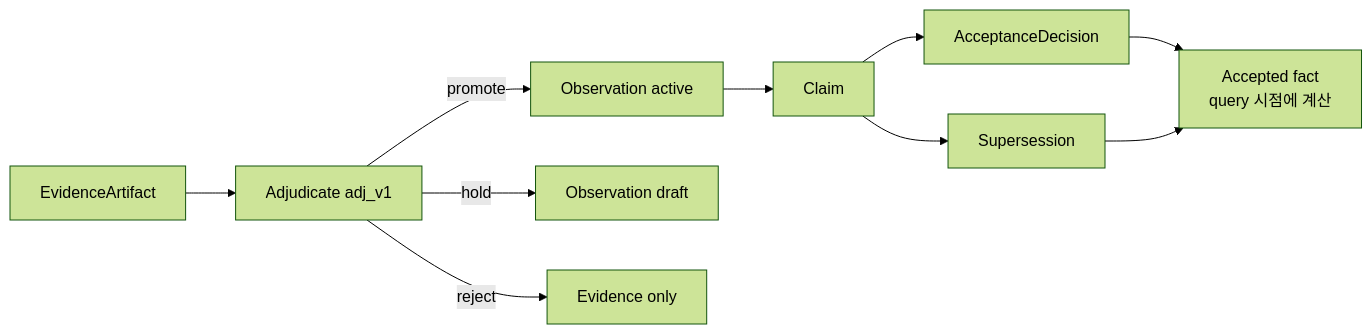
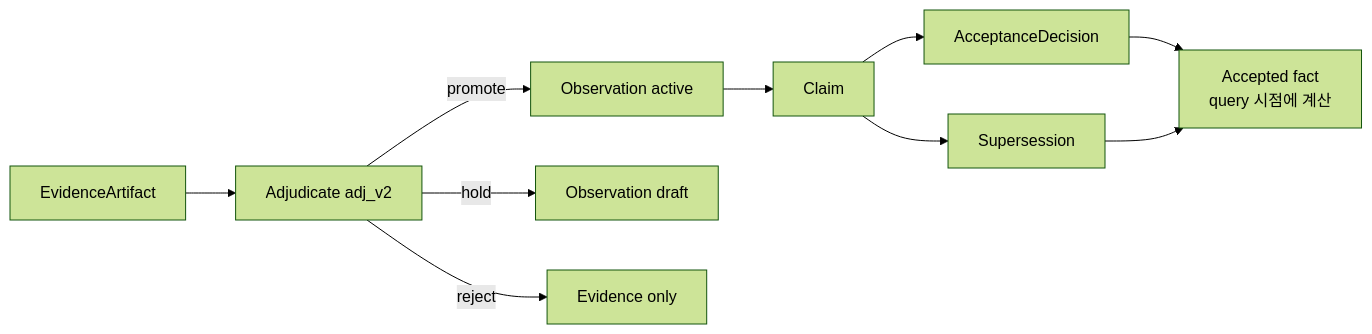
One commit to innocarpe/CarpeOS changed the first of 3 diagrams in README.ko.md. Above: the diagram before and after it, drawn with Mermaid (forest theme). The commit also changed other lines of this file and 1 other file, not shown here.

````diff
--- a/README.ko.md
+++ b/README.ko.md
@@ -108,12 +108,12 @@
 ```mermaid
 flowchart LR
-  E[EvidenceArtifact] --> J[Adjudicate adj_v1]
+  E[EvidenceArtifact] --> J[Adjudicate adj_v2]
   J -->|promote| O[Observation active]
   J -->|hold| H[Observation draft]
   J -->|reject| R[Evidence only]
   O --> C[Claim]
   C --> A[AcceptanceDecision]
   C --> S[Supersession]
   A --> F[Accepted fact<br/>query 시점에 계산]
   S --> F
 ```
````
